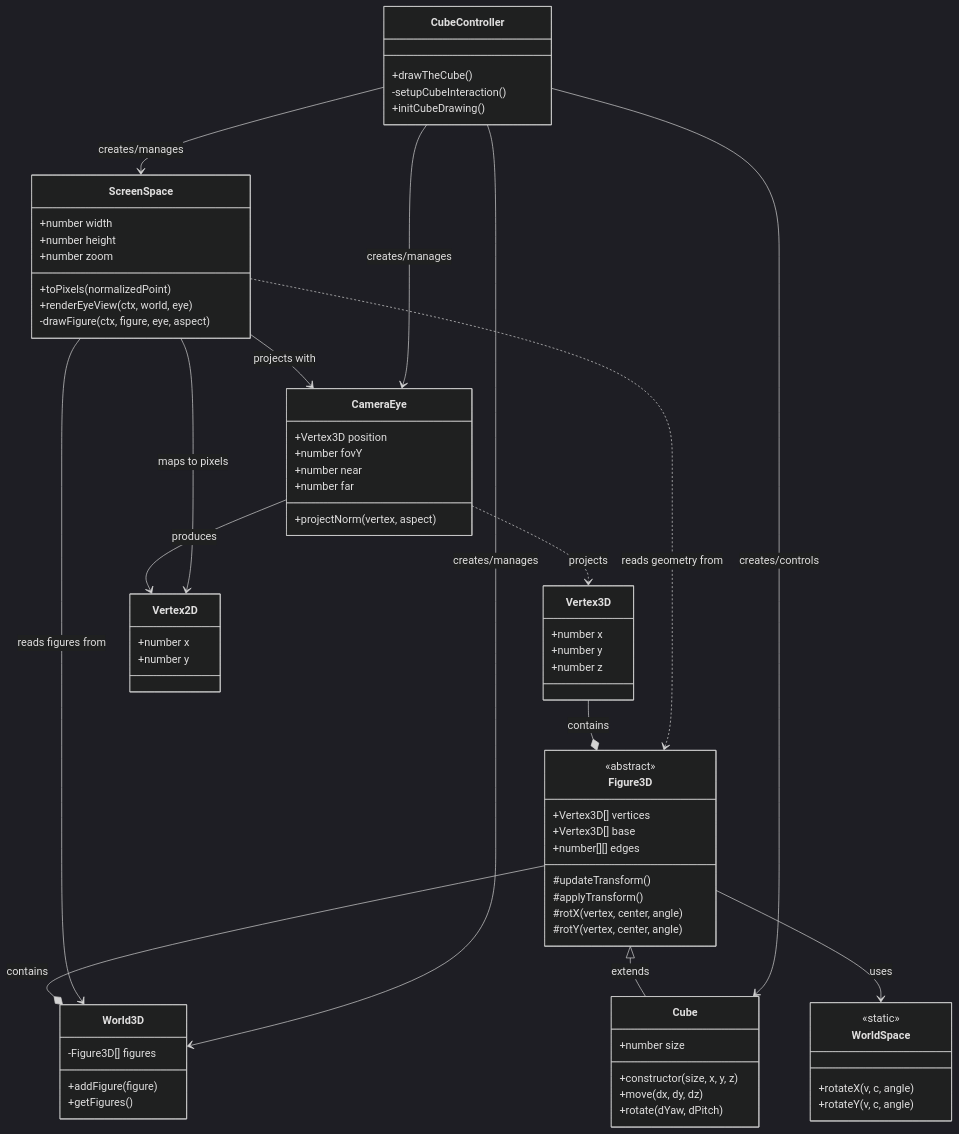
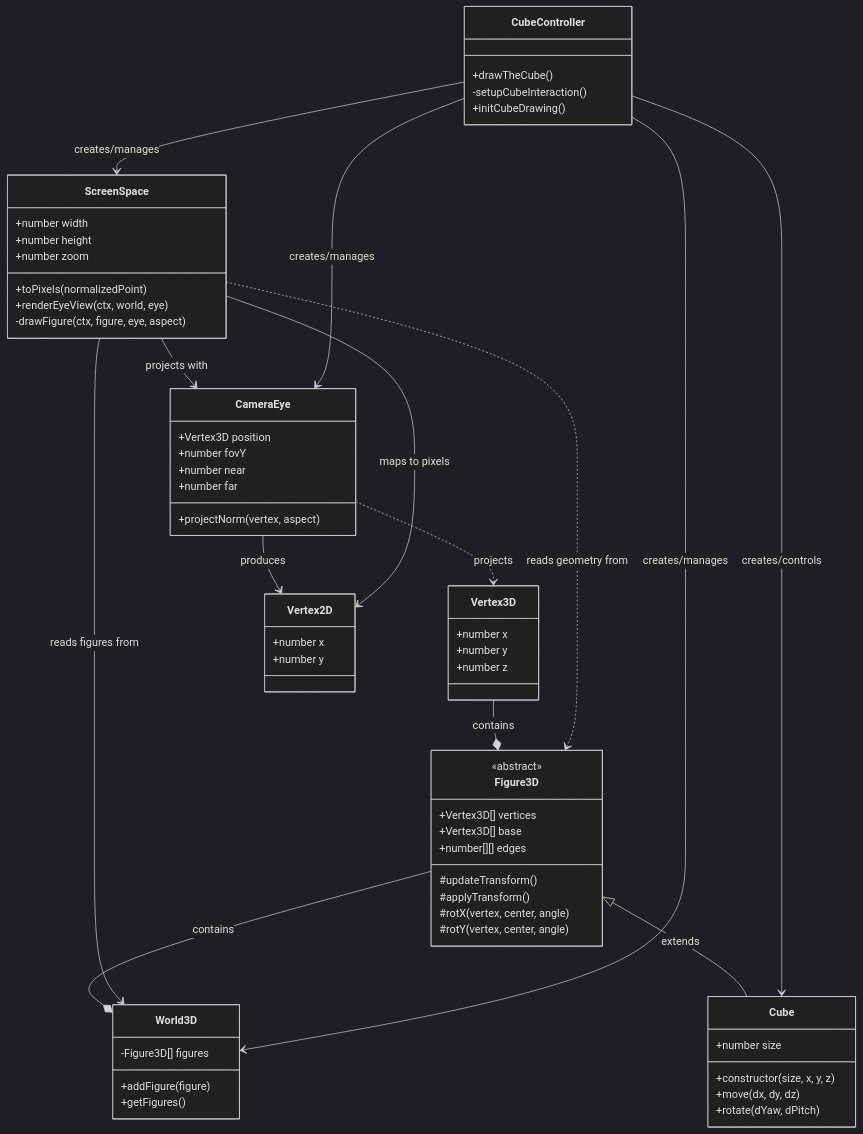
The diagram in README.md (starodubtsevconsulting/cube), drawn with Mermaid (dark theme) before and after one commit. The commit also changed other lines of this file and 2 other files, not shown here.

Commit message:
- docs about recent refactoring: improved domain language (spec)

```diff
--- a/README.md
+++ b/README.md
@@ -94,12 +92,6 @@
         +constructor(size, x, y, z)
         +move(dx, dy, dz)
         +rotate(dYaw, dPitch)
-    }
-    
-    class WorldSpace {
-        <<static>>
-        +rotateX(v, c, angle)
-        +rotateY(v, c, angle)
     }
     
     class CameraEye {
@@ -134,7 +126,6 @@
     Vertex3D --* Figure3D: contains
     Figure3D <|-- Cube: extends
     Figure3D --* World3D: contains
-    Figure3D --> WorldSpace: uses
     
     ScreenSpace --> World3D: reads figures from
     ScreenSpace --> CameraEye: projects with
```
